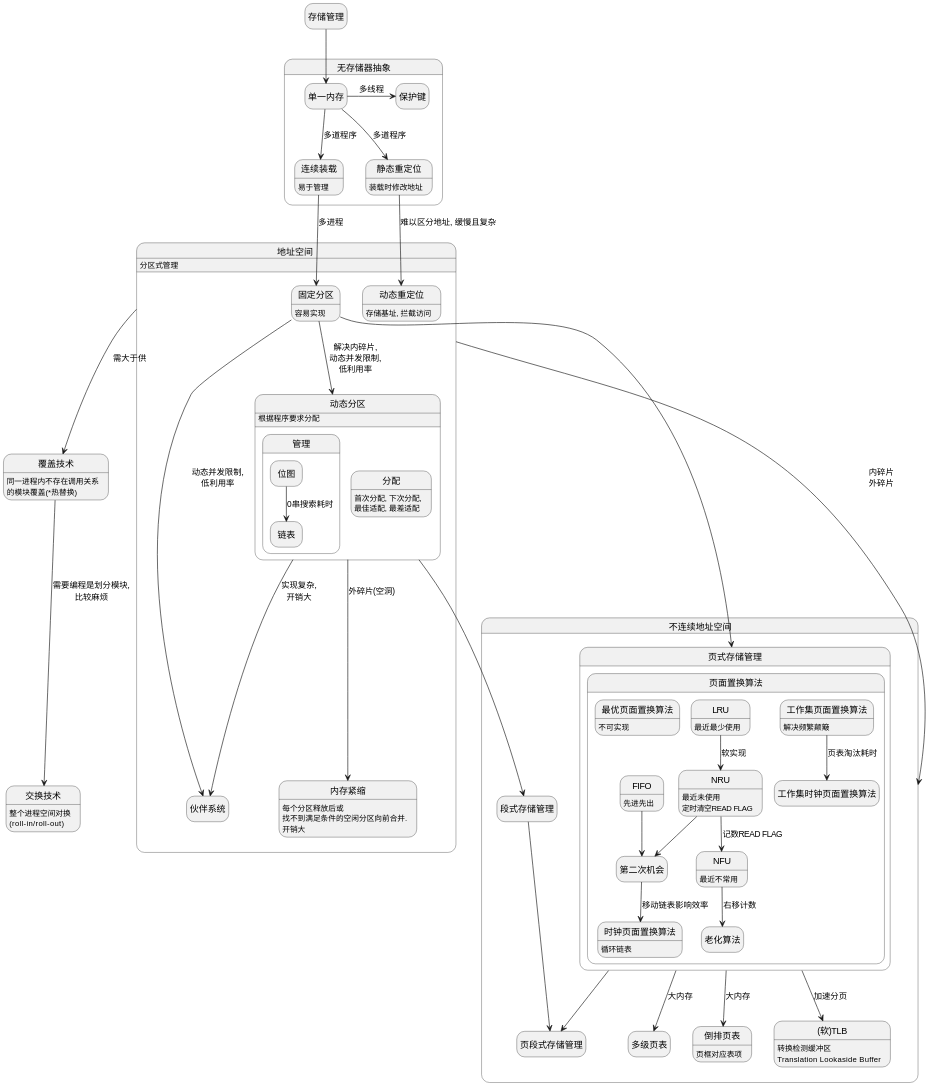
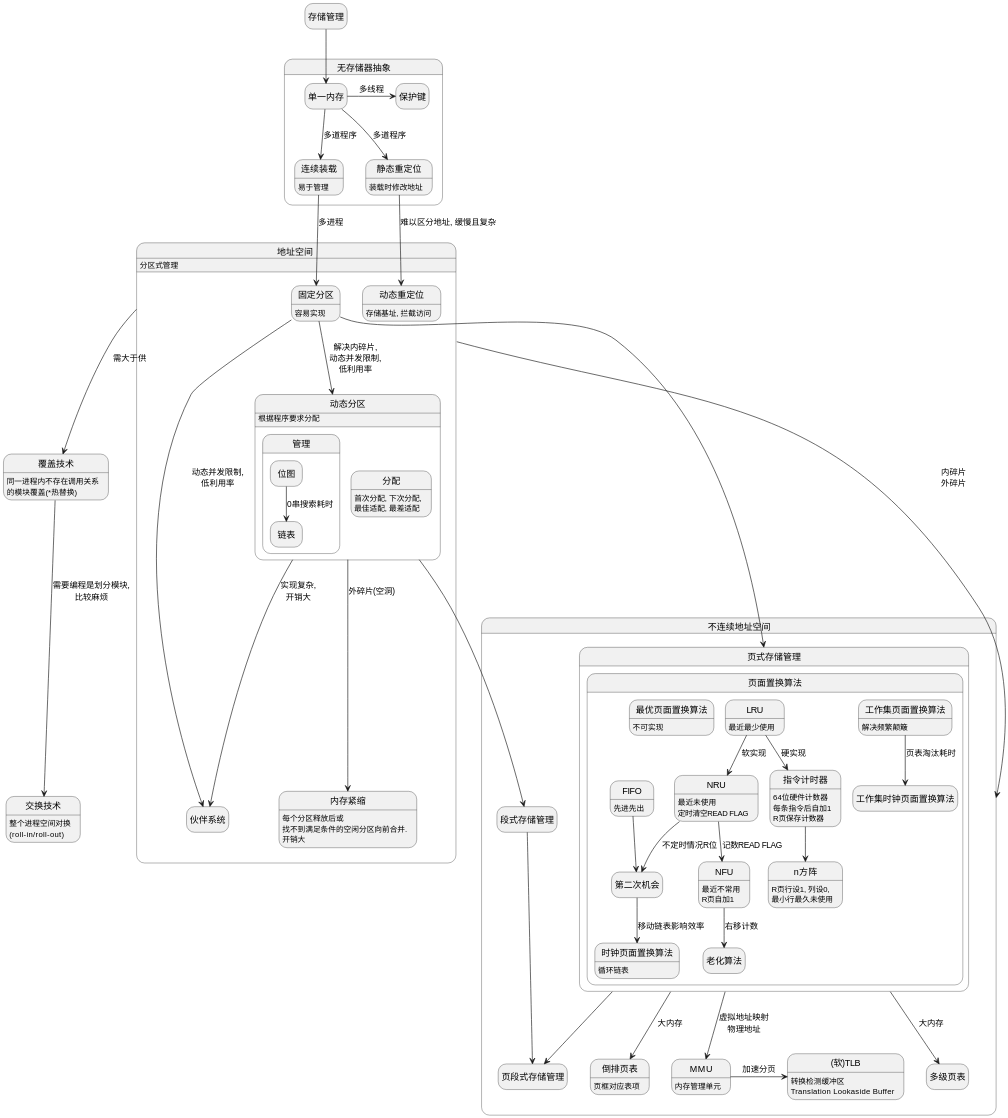
The diagram in os/03-memory.md (ccat3z/notebook), drawn with PlantUML before and after one commit. The commit also changed other lines of this file and 5 other files, not shown here.

```diff
--- a/os/03-memory.md
+++ b/os/03-memory.md
@@ -61,25 +61,33 @@
             最优页面置换算法: 不可实现
             NRU: 最近未使用\n定时清空READ FLAG
             FIFO: 先进先出
-            NRU --> 第二次机会
+            NRU --> 第二次机会: 不定时情况R位
             FIFO --> 第二次机会
             第二次机会 --> 时钟页面置换算法: 移动链表影响效率
             时钟页面置换算法: 循环链表
 
             LRU: 最近最少使用
             LRU --> NRU: 软实现
-            NFU: 最近不常用
+            NFU: 最近不常用\nR页自加1
             NRU --> NFU: 记数READ FLAG
             NFU --> 老化算法: 右移计数
+
+            LRU --> 指令计时器: 硬实现
+            指令计时器: 64位硬件计数器\n每条指令后自加1\nR页保存计数器
+            指令计时器 --> n方阵
+            n方阵: R页行设1, 列设0, \n最小行最久未使用
 
             工作集页面置换算法 --> 工作集时钟页面置换算法: 页表淘汰耗时
             工作集页面置换算法: 解决频繁颠簸
         }
     }
 
+    页式存储管理 --> MMU: 虚拟地址映射\n物理地址
+    MMU: 内存管理单元
+
     state "(软)TLB" as TLB
     TLB: 转换检测缓冲区\nTranslation Lookaside Buffer
-    页式存储管理 --> TLB: 加速分页
+    MMU -r-> TLB: 加速分页
 
     页式存储管理 --> 多级页表: 大内存
     页式存储管理 --> 倒排页表: 大内存
```
